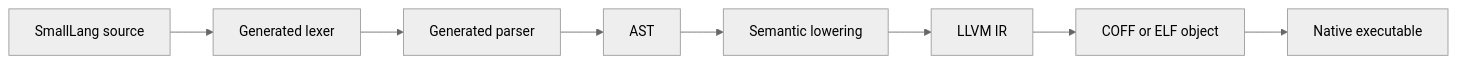
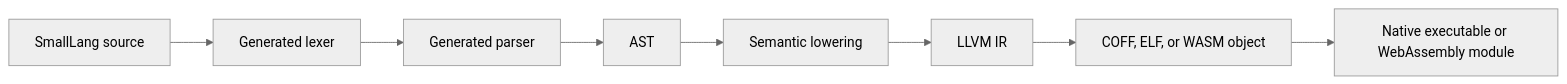
The diagram in docs/GETTING_STARTED.md (dimohy/Sollang), drawn with Mermaid (neutral theme) before and after one commit. The commit also changed other lines of this file and 15 other files, not shown here.

Commit message:
Add browser WebAssembly target

````diff
--- a/docs/GETTING_STARTED.md
+++ b/docs/GETTING_STARTED.md
@@ -161,10 +173,10 @@
 ```mermaid
 flowchart LR
     Source[SmallLang source] --> Lexer[Generated lexer]
     Lexer --> Parser[Generated parser]
     Parser --> AST[AST]
     AST --> Semantics[Semantic lowering]
     Semantics --> LLVM[LLVM IR]
-    LLVM --> Object[COFF or ELF object]
-    Object --> Exe[Native executable]
+    LLVM --> Object[COFF, ELF, or WASM object]
+    Object --> Output[Native executable or WebAssembly module]
 ```
````
